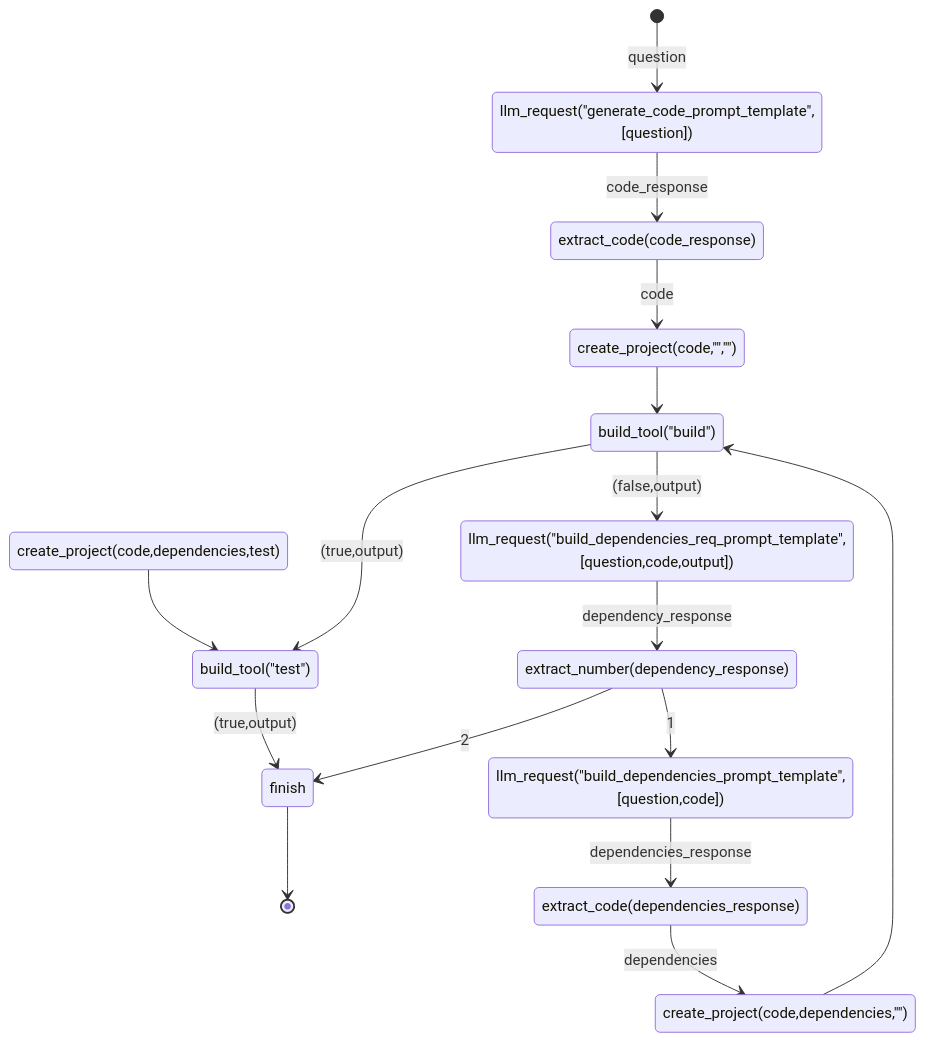
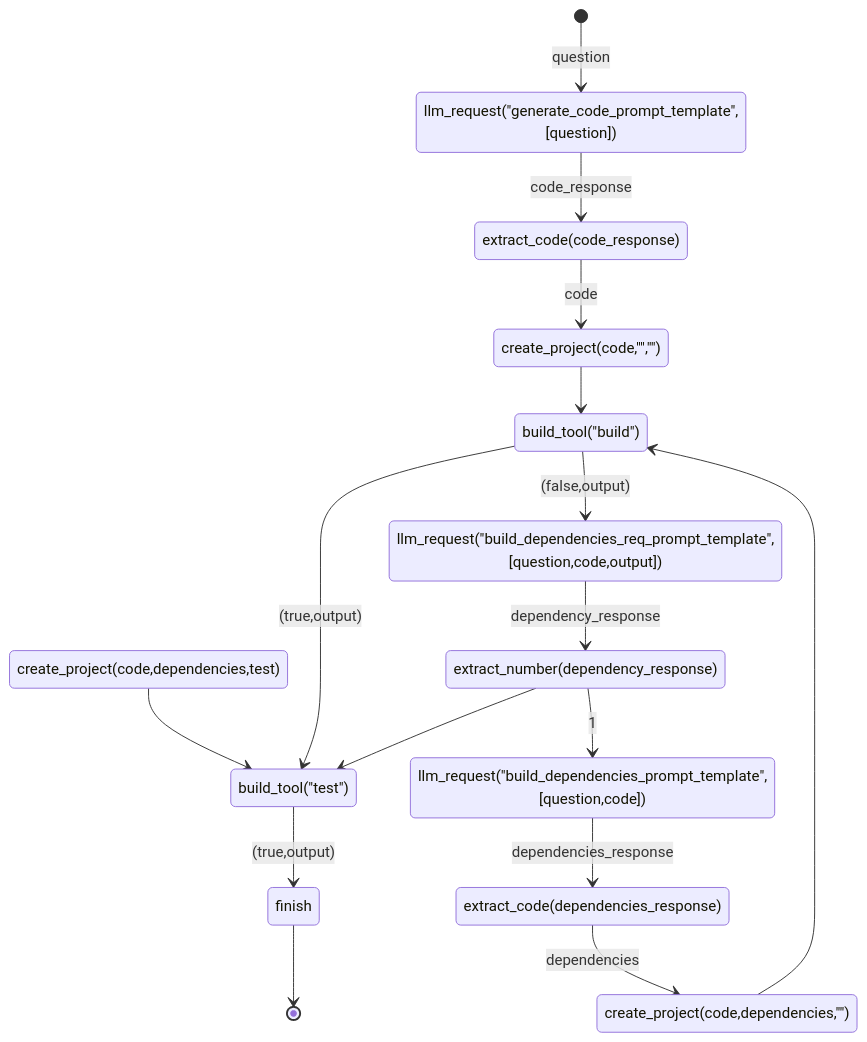
The diagram in state.md (rizgan/LLM-Logic-Exec-Verify), drawn with Mermaid before and after one commit.

Commit message:
state_machine

````diff
--- a/state.md
+++ b/state.md
@@ -1,18 +1,18 @@
 ```mermaid
 stateDiagram
 [*] --> llm_request("generate_code_prompt_template",[question]) : question
 llm_request("generate_code_prompt_template",[question]) --> extract_code(code_response) : code_response
 extract_code(code_response) --> create_project(code,"","") : code
 create_project(code,"","") --> build_tool("build")
 create_project(code,dependencies,"") --> build_tool("build")
 create_project(code,dependencies,test) --> build_tool("test")
 build_tool("test") --> finish : (true,output)
 build_tool("build") --> build_tool("test") : (true,output) 
 build_tool("build") --> llm_request("build_dependencies_req_prompt_template",[question,code,output]) : (false,output) 
 llm_request("build_dependencies_req_prompt_template",[question,code,output])  --> extract_number(dependency_response) : dependency_response
-extract_number(dependency_response) --> finish : 2
+extract_number(dependency_response) --> build_tool("test") 
 extract_number(dependency_response) --> llm_request("build_dependencies_prompt_template",[question,code]) : 1
 llm_request("build_dependencies_prompt_template",[question,code]) --> extract_code(dependencies_response) : dependencies_response
 extract_code(dependencies_response) --> create_project(code,dependencies,"") : dependencies 
 finish --> [*]
 ```
````
